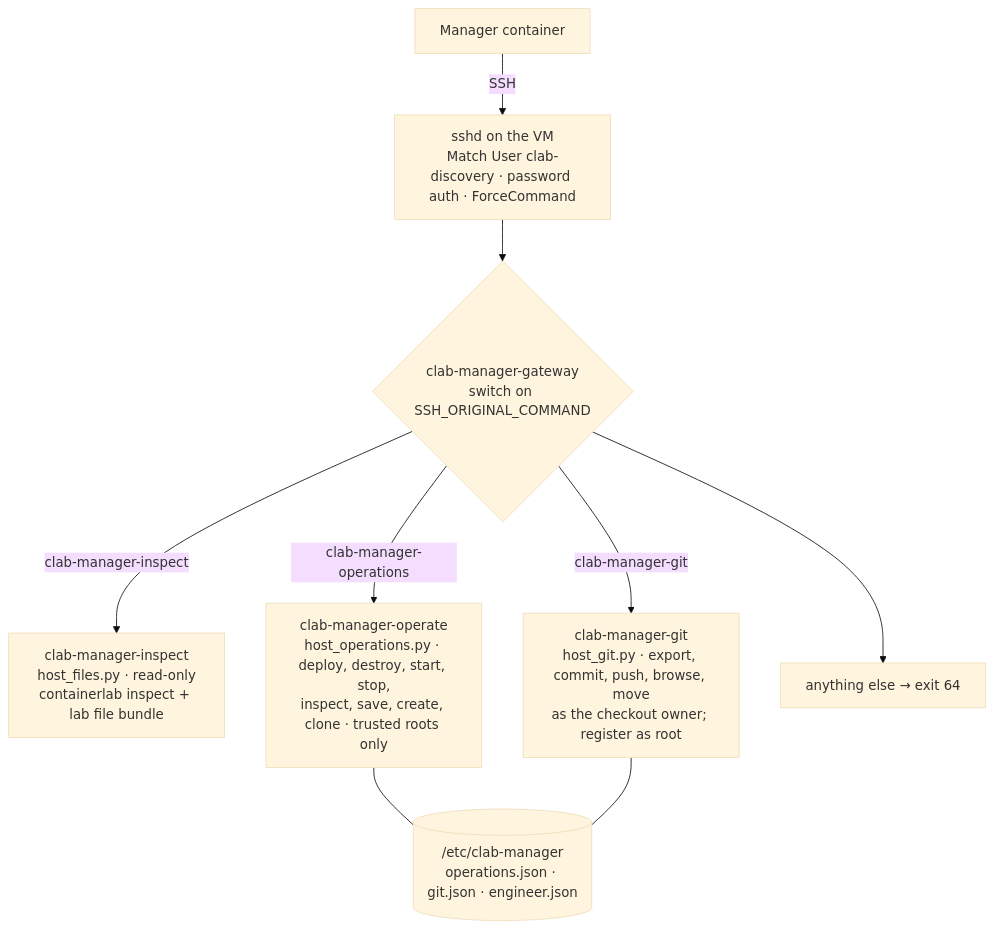
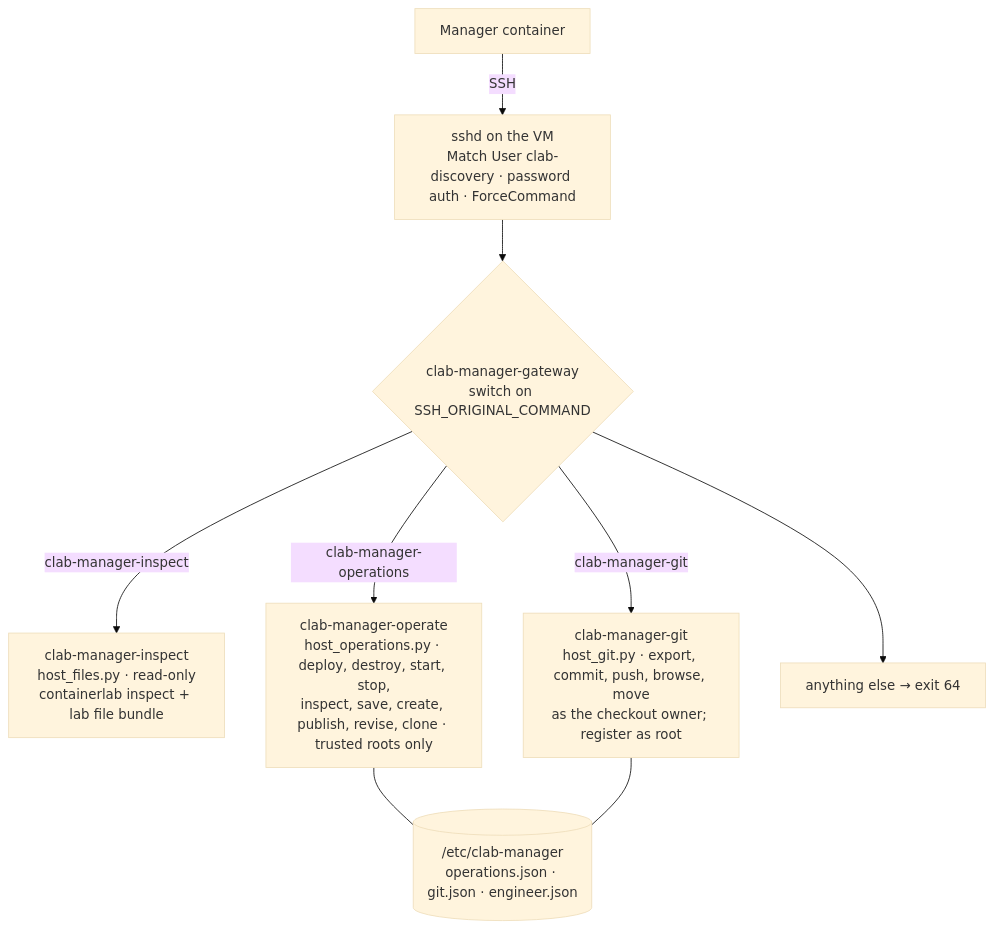
One commit to ArchRuger/CLAB-BACKUP-WORKER-v2 changed the second of 5 diagrams in docs/ARCHITECTURE.md. Above: the diagram before and after it, drawn with Mermaid (base theme). The commit also changed other lines of this file and 7 other files, not shown here.

````diff
--- a/docs/ARCHITECTURE.md
+++ b/docs/ARCHITECTURE.md
@@ -45,18 +45,18 @@
 ```mermaid
 flowchart TB
     M["Manager container"]
     S["sshd on the VM<br/>Match User clab-discovery · password auth · ForceCommand"]
     GW{"clab-manager-gateway<br/>switch on SSH_ORIGINAL_COMMAND"}
     I["clab-manager-inspect<br/>host_files.py · read-only<br/>containerlab inspect + lab file bundle"]
-    O["clab-manager-operate<br/>host_operations.py · deploy, destroy, start, stop,<br/>inspect, save, create, clone · trusted roots only"]
+    O["clab-manager-operate<br/>host_operations.py · deploy, destroy, start, stop,<br/>inspect, save, create, publish, revise, clone · trusted roots only"]
     Gt["clab-manager-git<br/>host_git.py · export, commit, push, browse, move<br/>as the checkout owner; register as root"]
     X["anything else → exit 64"]
     T[("/etc/clab-manager<br/>operations.json · git.json · engineer.json")]
     M -- "SSH" --> S --> GW
     GW -- "clab-manager-inspect" --> I
     GW -- "clab-manager-operations" --> O
     GW -- "clab-manager-git" --> Gt
     GW --> X
     O --- T
     Gt --- T
 ```
````
